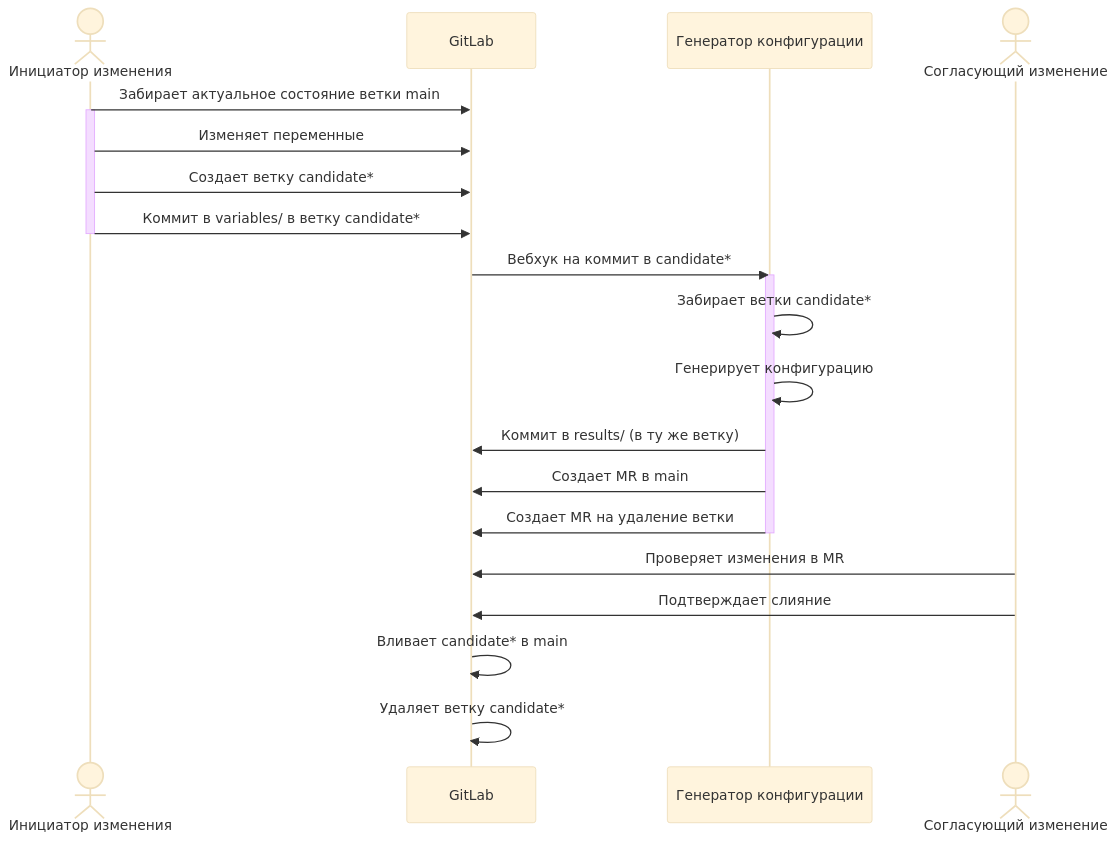
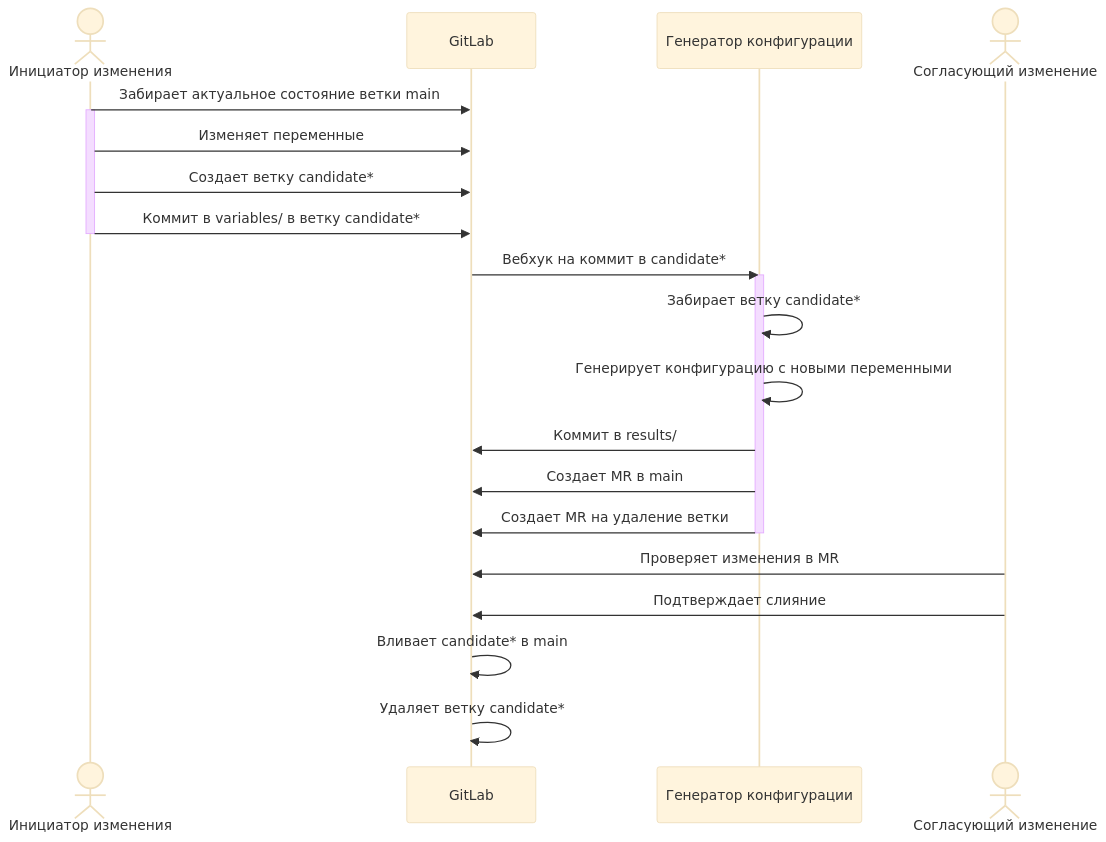
The second of 3 diagrams in README.md (Akellazzz/config_templates_infra), drawn with Mermaid (base theme) before and after one commit. The commit also changed other lines of this file, not shown here.

````diff
--- a/README.md
+++ b/README.md
@@ -5,32 +46,32 @@
 ```mermaid
 sequenceDiagram
     actor U as Инициатор изменения
     participant G as GitLab
     participant C as Генератор конфигурации
     actor A as Согласующий изменение
 
 
     U->>G: Забирает актуальное состояние ветки main
     activate U
     U->>G: Изменяет переменные
     U->>G: Создает ветку candidate*
     U->>G: Коммит в variables/ в ветку candidate*
 
     deactivate U
     
     G->>C: Вебхук на коммит в candidate*
     activate C
     
-    C->>C: Забирает ветки candidate*
-    C->>C: Генерирует конфигурацию
-    C->>G: Коммит в results/ (в ту же ветку)
+    C->>C: Забирает ветку candidate*
+    C->>C: Генерирует конфигурацию с новыми переменными
+    C->>G: Коммит в results/
     C->>G: Создает MR в main
     C->>G: Создает MR на удаление ветки
     
     deactivate C
     
     A->>G: Проверяет изменения в MR
     A->>G: Подтверждает слияние
     G->>G: Вливает candidate* в main
     G->>G: Удаляет ветку candidate*
 ```
````
